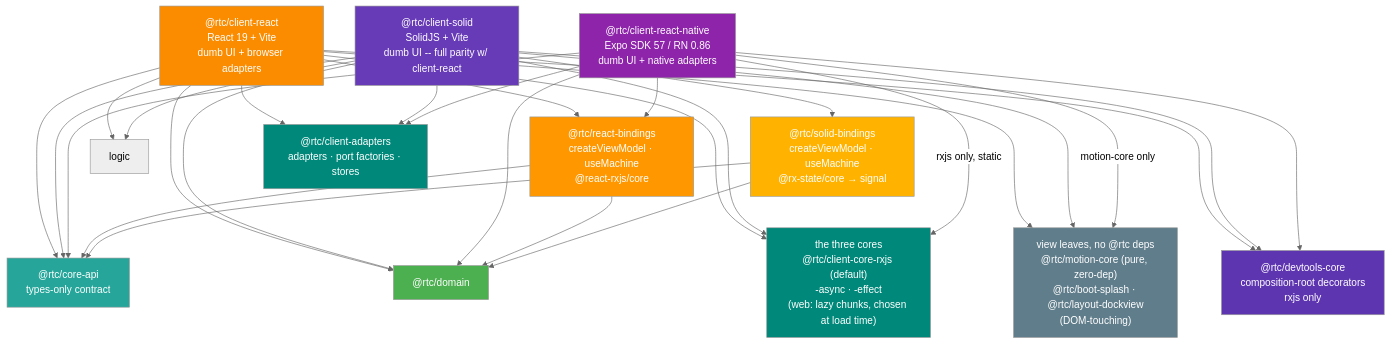
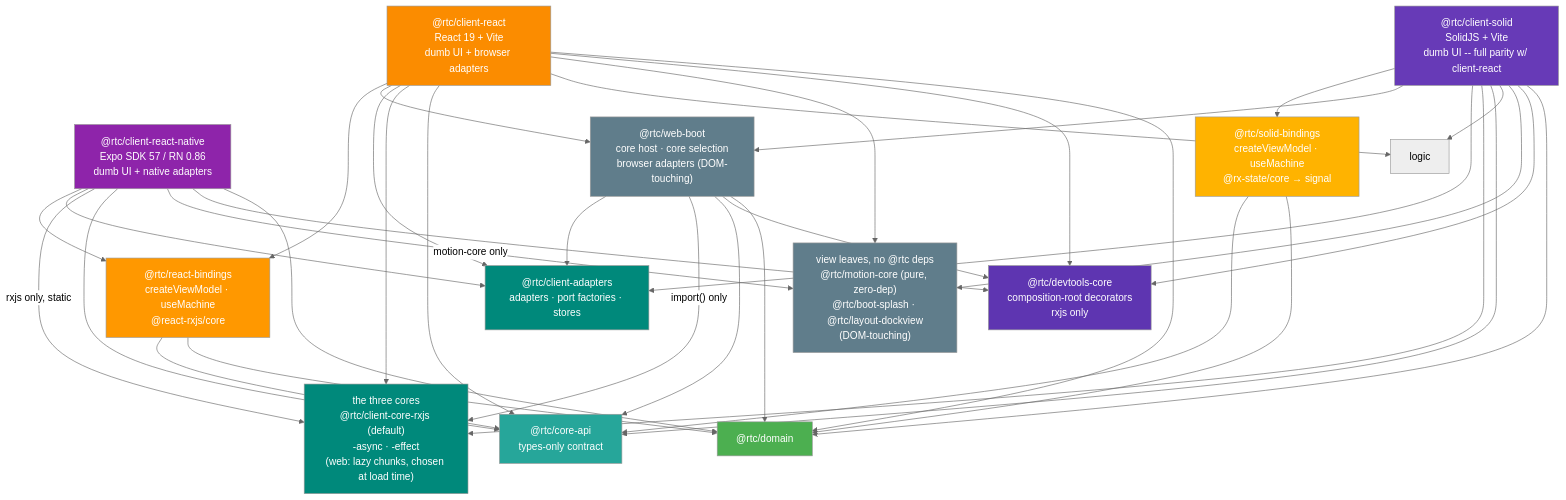
One commit to bettersoftware-io/ReactiveTraderCloudClone changed the first of 4 diagrams in docs/architecture/06-package-dependencies.md. Above: the diagram before and after it, drawn with Mermaid (neutral theme). The commit also changed other lines of this file and 16 other files, not shown here.

First line of the commit message:
docs(web-boot): the package in CI, the coverage report and the docs

````diff
--- a/docs/architecture/06-package-dependencies.md
+++ b/docs/architecture/06-package-dependencies.md
@@ -9,64 +9,75 @@
 ```mermaid
 graph TB
     webc["@rtc/client-react<br/>React 19 + Vite<br/>dumb UI + browser adapters"]
     solidc["@rtc/client-solid<br/>SolidJS + Vite<br/>dumb UI -- full parity w/ client-react"]
     rnc["@rtc/client-react-native<br/>Expo SDK 57 / RN 0.86<br/>dumb UI + native adapters"]
 
     rb["@rtc/react-bindings<br/>createViewModel · useMachine<br/>@react-rxjs/core"]
     sb["@rtc/solid-bindings<br/>createViewModel · useMachine<br/>@rx-state/core → signal"]
+
+    wb["@rtc/web-boot<br/>core host · core selection<br/>browser adapters (DOM-touching)"]
 
     core["@rtc/client-adapters<br/>adapters · port factories · stores"]
     alts["the three cores<br/>@rtc/client-core-rxjs (default)<br/>-async · -effect<br/>(web: lazy chunks, chosen at load time)"]
     api["@rtc/core-api<br/>types-only contract"]
 
     leaves["view leaves, no @rtc deps<br/>@rtc/motion-core (pure, zero-dep)<br/>@rtc/boot-splash · @rtc/layout-dockview<br/>(DOM-touching)"]
     dtcore["@rtc/devtools-core<br/>composition-root decorators<br/>rxjs only"]
     domain["@rtc/domain"]
 
     webc --> rb
+    webc --> wb
     webc --> core
     webc --> alts
     webc --> api
     webc --> logic
     webc --> leaves
     webc --> dtcore
     webc --> domain
     solidc --> sb
+    solidc --> wb
     solidc --> core
     solidc --> alts
     solidc --> api
     solidc --> logic
     solidc --> leaves
     solidc --> dtcore
     solidc --> domain
     rnc --> rb
     rnc --> core
     rnc -->|"rxjs only, static"| alts
     rnc --> api
     rnc -->|"motion-core only"| leaves
     rnc --> dtcore
     rnc --> domain
     rb --> api
     rb --> domain
     sb --> api
     sb --> domain
+    wb --> core
+    wb -->|"import() only"| alts
+    wb --> api
+    wb --> dtcore
+    wb --> domain
 
     %% Invisible rank constraints -- keep each rank to four boxes (tall, not wide)
     rb ~~~ alts
     sb ~~~ leaves
+    wb ~~~ leaves
     sb ~~~ dtcore
     core ~~~ api
     core ~~~ domain
 
     style webc fill:#FB8C00,color:#fff
     style solidc fill:#673AB7,color:#fff
     style rnc fill:#8E24AA,color:#fff
     style rb fill:#FF9800,color:#fff
     style sb fill:#FFB300,color:#fff
+    style wb fill:#607D8B,color:#fff
     style core fill:#00897B,color:#fff
     style alts fill:#00897B,color:#fff
     style api fill:#26A69A,color:#fff
     style leaves fill:#607D8B,color:#fff
     style dtcore fill:#5E35B1,color:#fff
     style domain fill:#4CAF50,color:#fff
 ```
````
